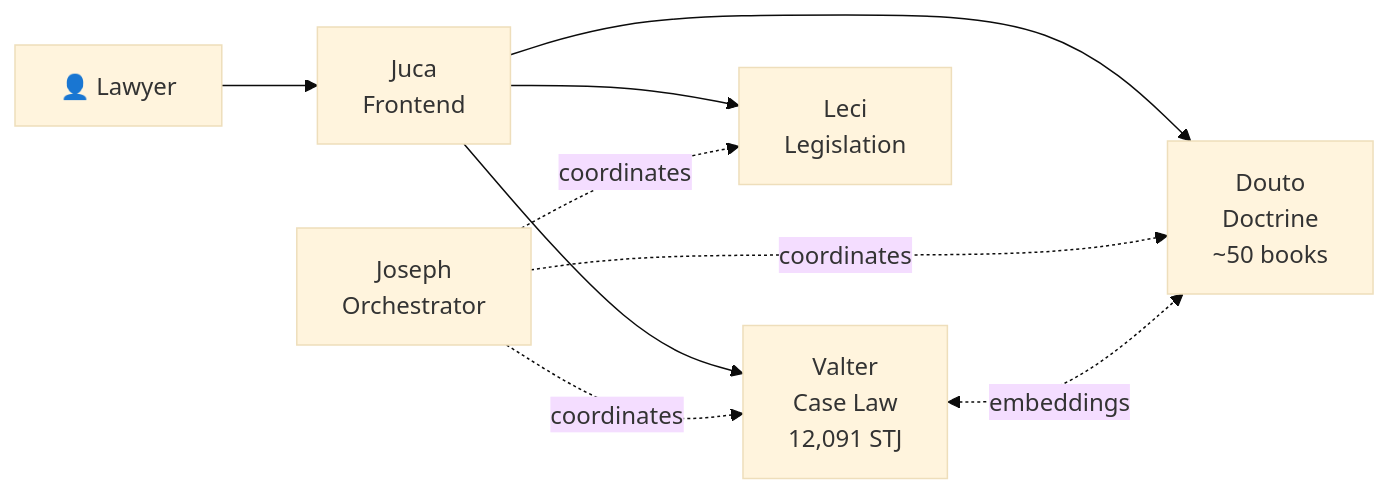
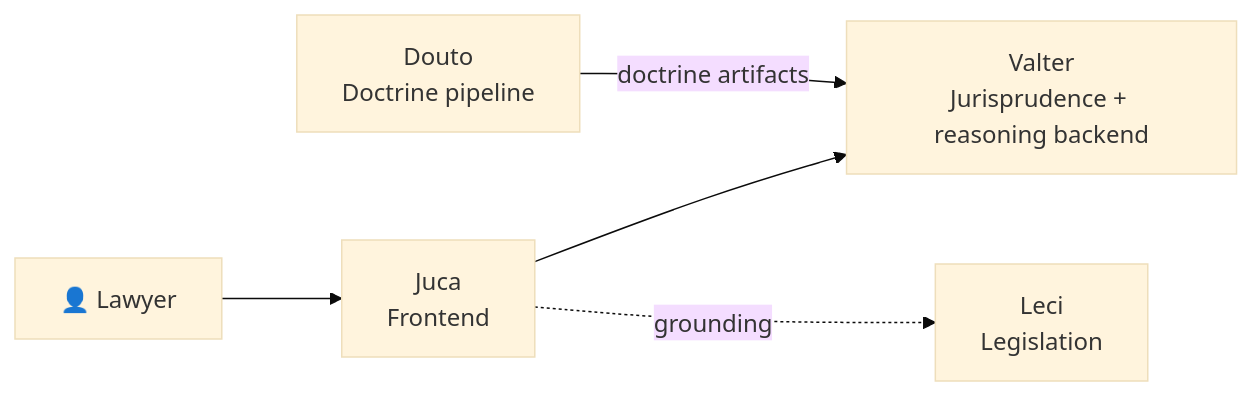
Before and after one commit to sensdiego/sens.legal: the third of 7 diagrams in sites/douto/src/content/docs/architecture/diagrams.md, drawn with Mermaid (base theme). The commit also changed 57 other files, not shown here.

````diff
--- a/sites/douto/src/content/docs/architecture/diagrams.md
+++ b/sites/douto/src/content/docs/architecture/diagrams.md
@@ -80,16 +80,13 @@
 ```mermaid
 graph LR
     USER["👤 Lawyer"]
     JU["Juca<br/>Frontend"]
-    VA["Valter<br/>Case Law<br/>12,091 STJ"]
+    VA["Valter<br/>Jurisprudence + reasoning backend"]
     LE["Leci<br/>Legislation"]
-    DO["Douto<br/>Doctrine<br/>~50 books"]
-    JO["Joseph<br/>Orchestrator"]
+    DO["Douto<br/>Doctrine pipeline"]
 
     USER --> JU
     JU --> VA
-    JU --> LE
-    JU --> DO
-    JO -.->|"coordinates"| VA & LE & DO
-    VA <-.->|"embeddings"| DO
+    JU -.->|"grounding"| LE
+    DO -->|"doctrine artifacts"| VA
 ```
````
